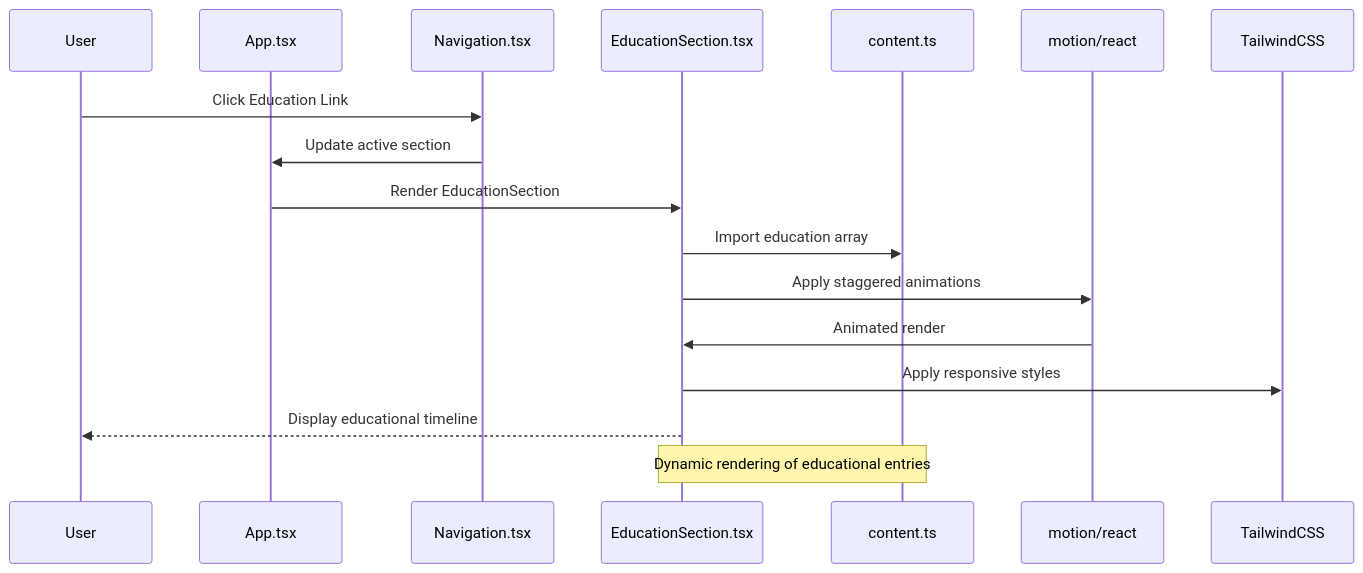
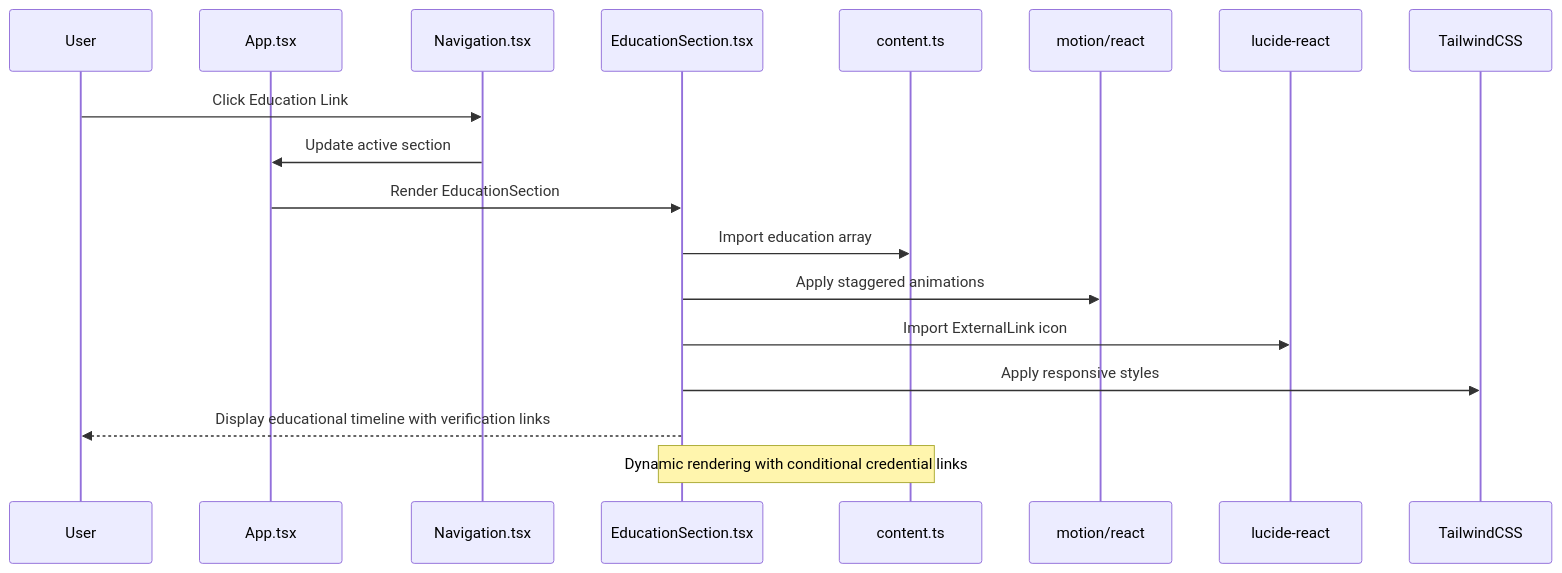
One commit to subash7781/Portfolio changed the third of 10 diagrams in .qoder/repowiki/en/content/Component Library & UI Elements/EducationSection Component.md. Above: the diagram before and after it, drawn with Mermaid. The commit also changed other lines of this file and 3 other files, not shown here.

````diff
--- a/.qoder/repowiki/en/content/Component Library & UI Elements/EducationSection Component.md
+++ b/.qoder/repowiki/en/content/Component Library & UI Elements/EducationSection Component.md
@@ -131,19 +139,20 @@
 ```mermaid
 sequenceDiagram
 participant User as User
 participant App as App.tsx
 participant Nav as Navigation.tsx
 participant Section as EducationSection.tsx
 participant Data as content.ts
 participant Motion as motion/react
+participant Lucide as lucide-react
 participant Tailwind as TailwindCSS
 User->>Nav : Click Education Link
 Nav->>App : Update active section
 App->>Section : Render EducationSection
 Section->>Data : Import education array
 Section->>Motion : Apply staggered animations
-Motion->>Section : Animated render
+Section->>Lucide : Import ExternalLink icon
 Section->>Tailwind : Apply responsive styles
-Section-->>User : Display educational timeline
-Note over Section,Data : Dynamic rendering of educational entries
+Section-->>User : Display educational timeline with verification links
+Note over Section,Data : Dynamic rendering with conditional credential links
 ```
````
